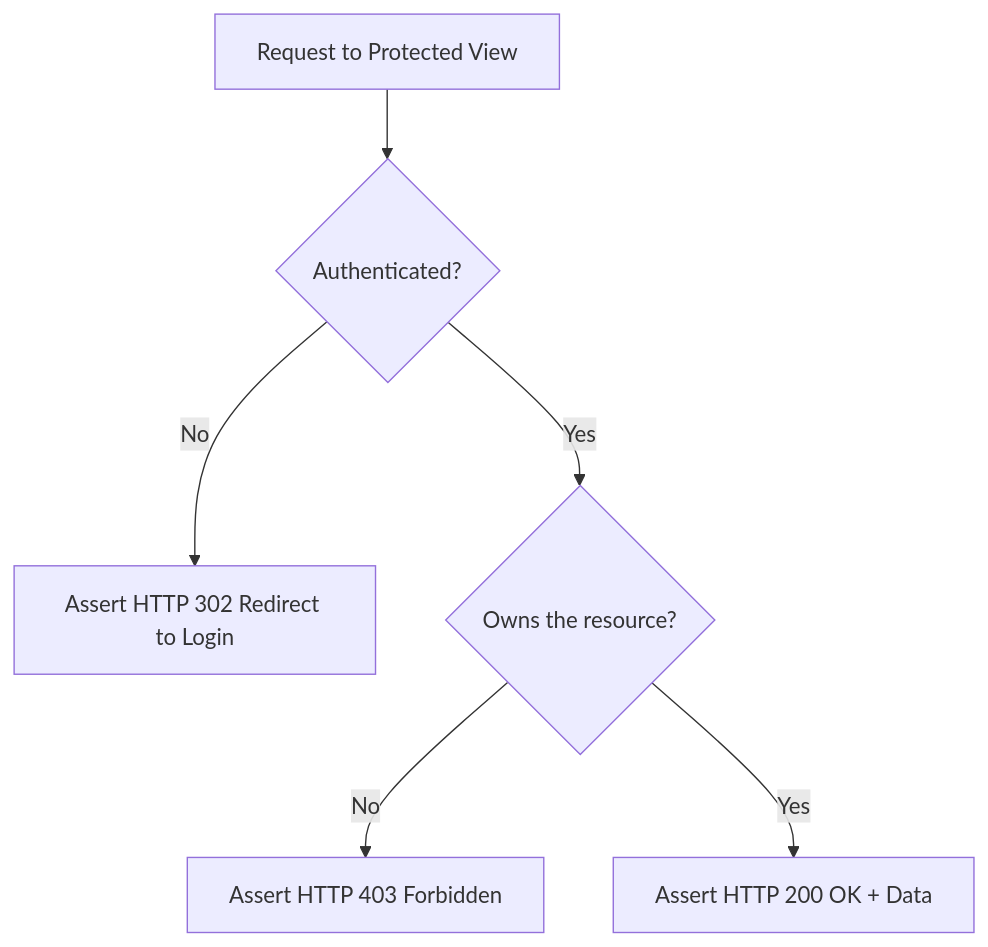
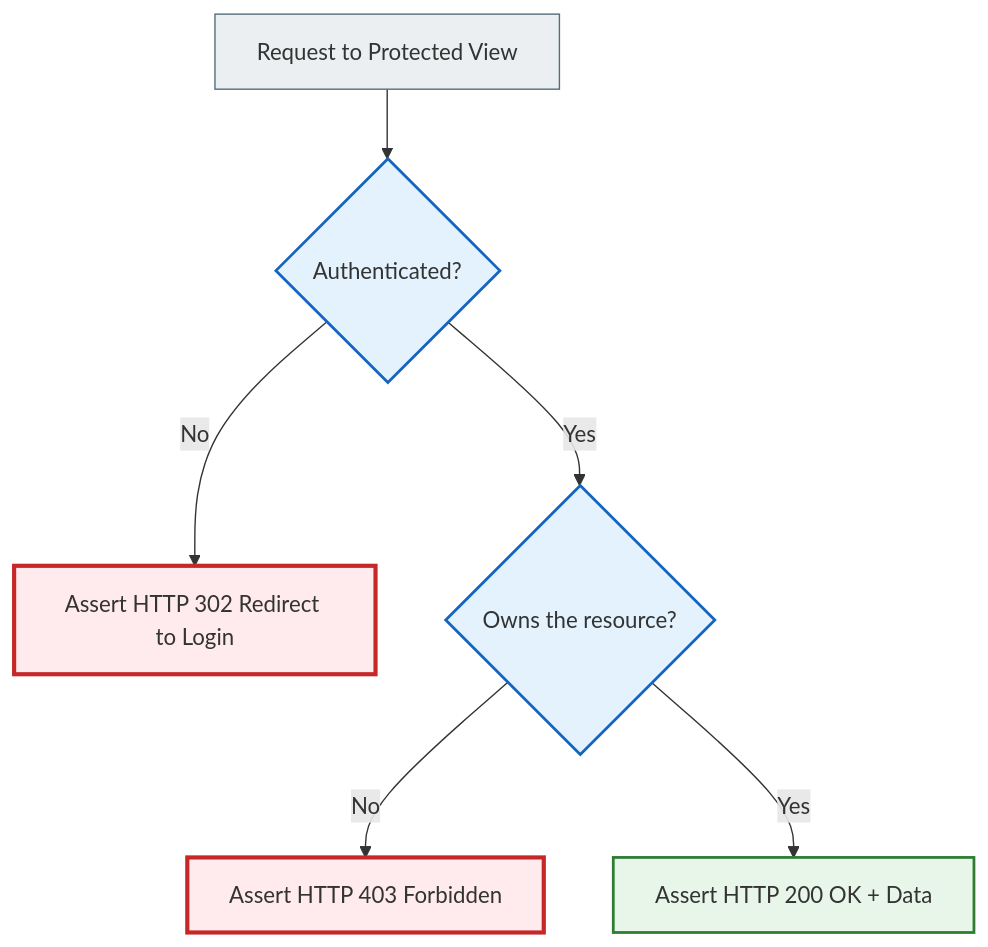
The sixth of 7 diagrams in docs/08_testing_and_quality/testing_foundations_full.md (NikoriakViktot/notes_chat_app), drawn with Mermaid before and after one commit. The commit also changed other lines of this file and 441 other files, not shown here.

First line of the commit message:
Add English version of the book, Mermaid standard, docs fixes

````diff
--- a/docs/08_testing_and_quality/testing_foundations_full.md
+++ b/docs/08_testing_and_quality/testing_foundations_full.md
@@ -1144,8 +1166,17 @@
 ```mermaid
 graph TD
     A[Request to Protected View] --> B{Authenticated?}
     B -->|No| C[Assert HTTP 302 Redirect to Login]
     B -->|Yes| D{Owns the resource?}
     D -->|No| E[Assert HTTP 403 Forbidden]
     D -->|Yes| F[Assert HTTP 200 OK + Data]
+
+    classDef step     fill:#eceff1,stroke:#546e7a,stroke-width:1px;
+    classDef decision fill:#e3f2fd,stroke:#1565c0,stroke-width:2px;
+    classDef success  fill:#e8f5e9,stroke:#2e7d32,stroke-width:2px;
+    classDef error    fill:#ffebee,stroke:#c62828,stroke-width:3px;
+    class A step;
+    class B,D decision;
+    class C,E error;
+    class F success;
 ```
````
